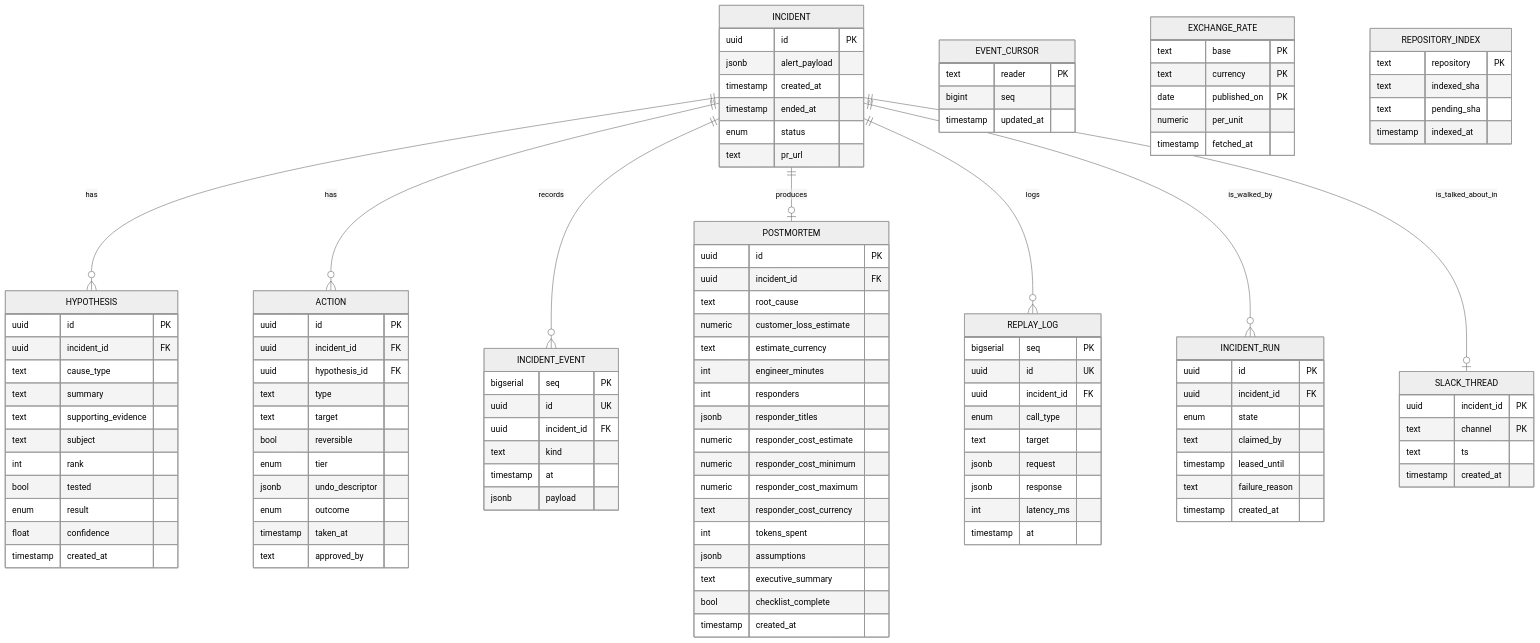
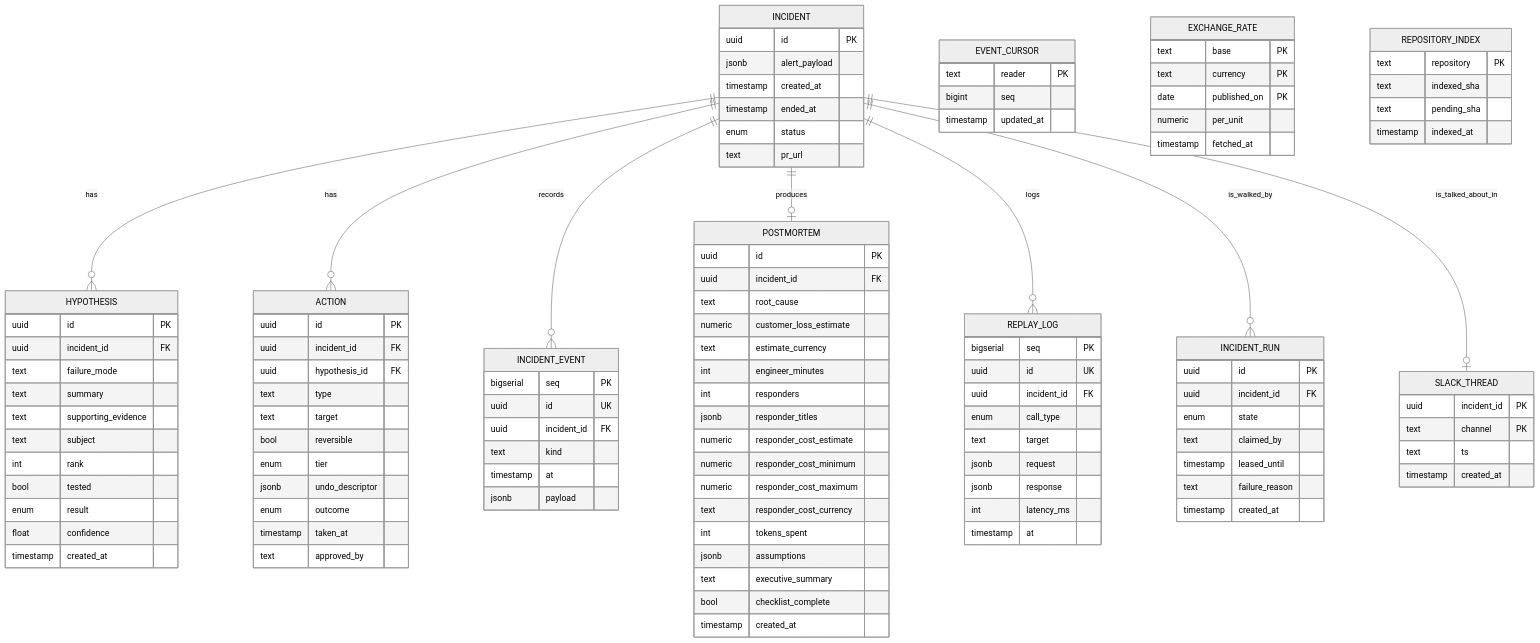
One commit to ohadraz/Argus changed the fourth of 5 diagrams in docs/spec-and-architecture.md. Above: the diagram before and after it, drawn with Mermaid (neutral theme). The commit also changed 83 other files, not shown here.

Commit message:
Refactor: a hypothesis names a failure mode, which is what it always held

```diff
--- a/docs/spec-and-architecture.md
+++ b/docs/spec-and-architecture.md
@@ -352,7 +352,7 @@
     HYPOTHESIS {
         uuid id PK
         uuid incident_id FK
-        text cause_type
+        text failure_mode
         text summary
         text supporting_evidence
         text subject
```
